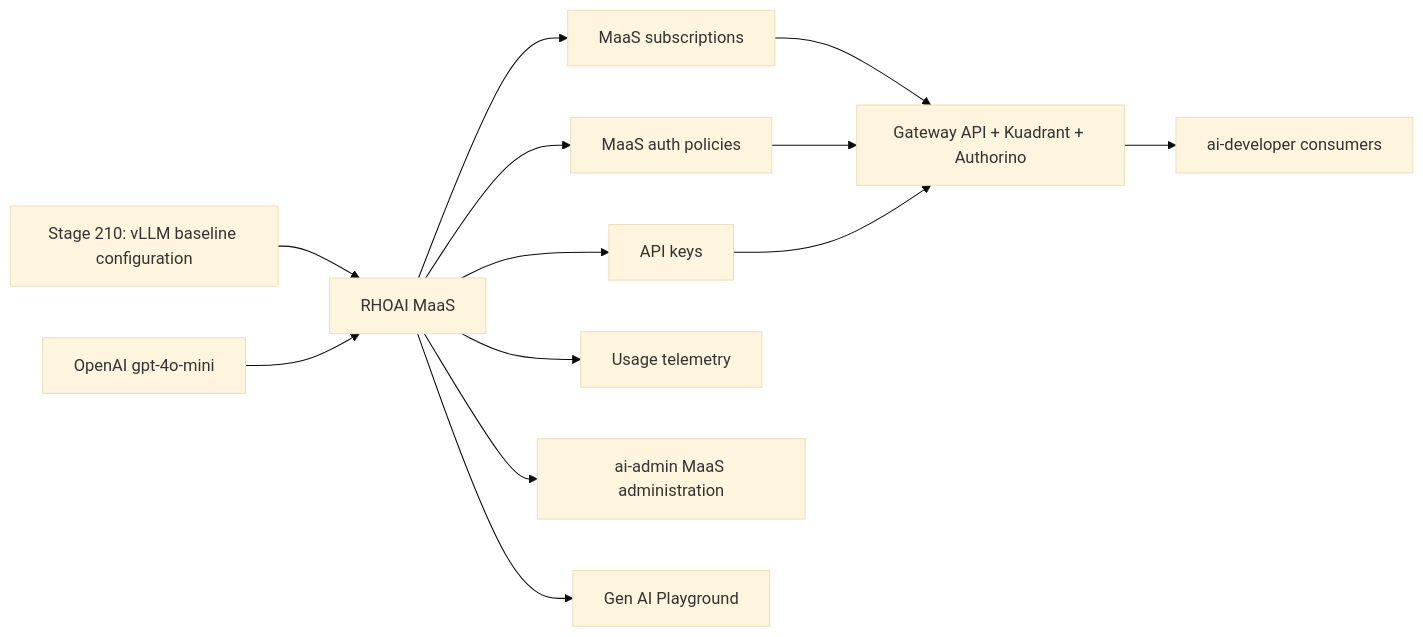
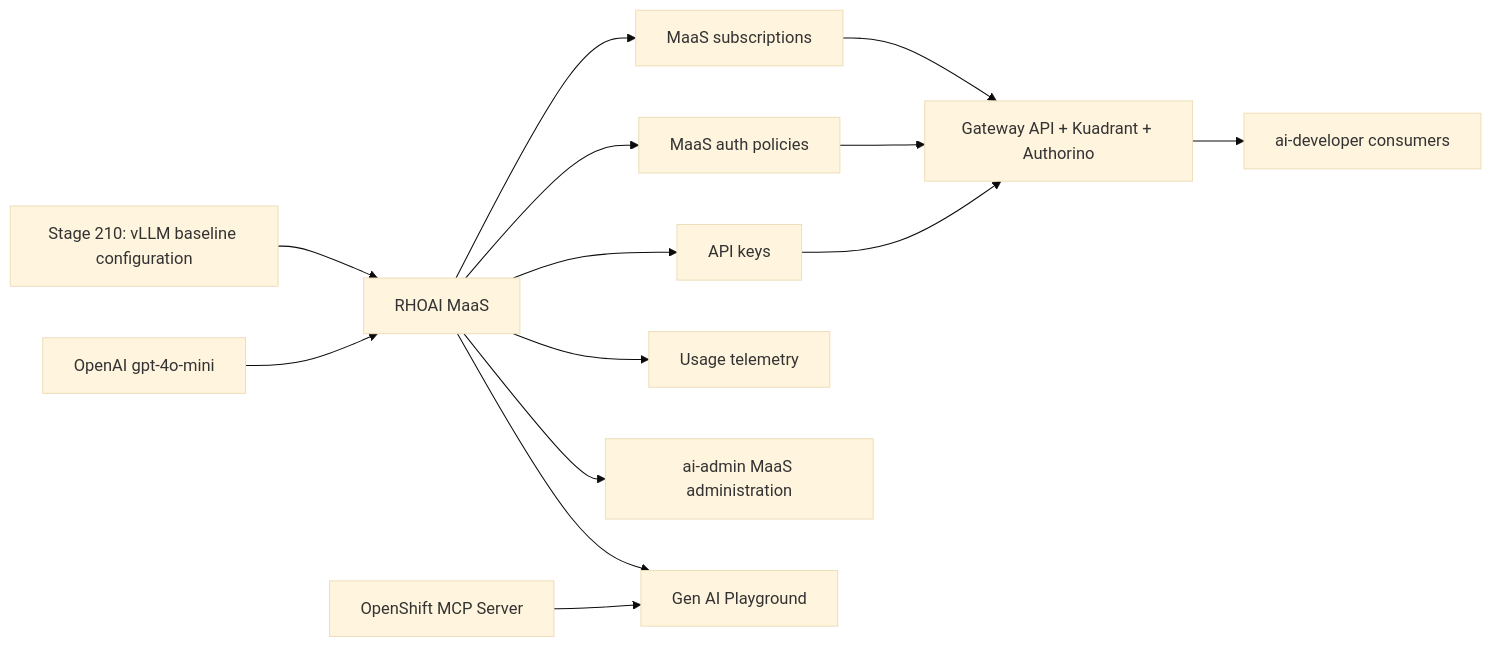
One commit to adnan-drina/rhoai3-demo changed the diagram in stage-220-models-as-a-service/README.md. Above: the diagram before and after it, drawn with Mermaid (base theme). The commit also changed other lines of this file and 15 other files, not shown here.

Commit message:
feat(stage-220): register OpenShift MCP server

````diff
--- a/stage-220-models-as-a-service/README.md
+++ b/stage-220-models-as-a-service/README.md
@@ -31,15 +32,16 @@
 ```mermaid
 flowchart LR
   previous["Stage 210: vLLM baseline configuration"] --> maas["RHOAI MaaS"]
   openai["OpenAI gpt-4o-mini"] --> maas
   maas --> sub["MaaS subscriptions"]
   maas --> auth["MaaS auth policies"]
   maas --> keys["API keys"]
   maas --> obs["Usage telemetry"]
   sub --> gateway["Gateway API + Kuadrant + Authorino"]
   auth --> gateway
   keys --> gateway
   gateway --> users["ai-developer consumers"]
   maas --> admin["ai-admin MaaS administration"]
   maas --> playground["Gen AI Playground"]
+  mcp["OpenShift MCP Server"] --> playground
 ```
````
